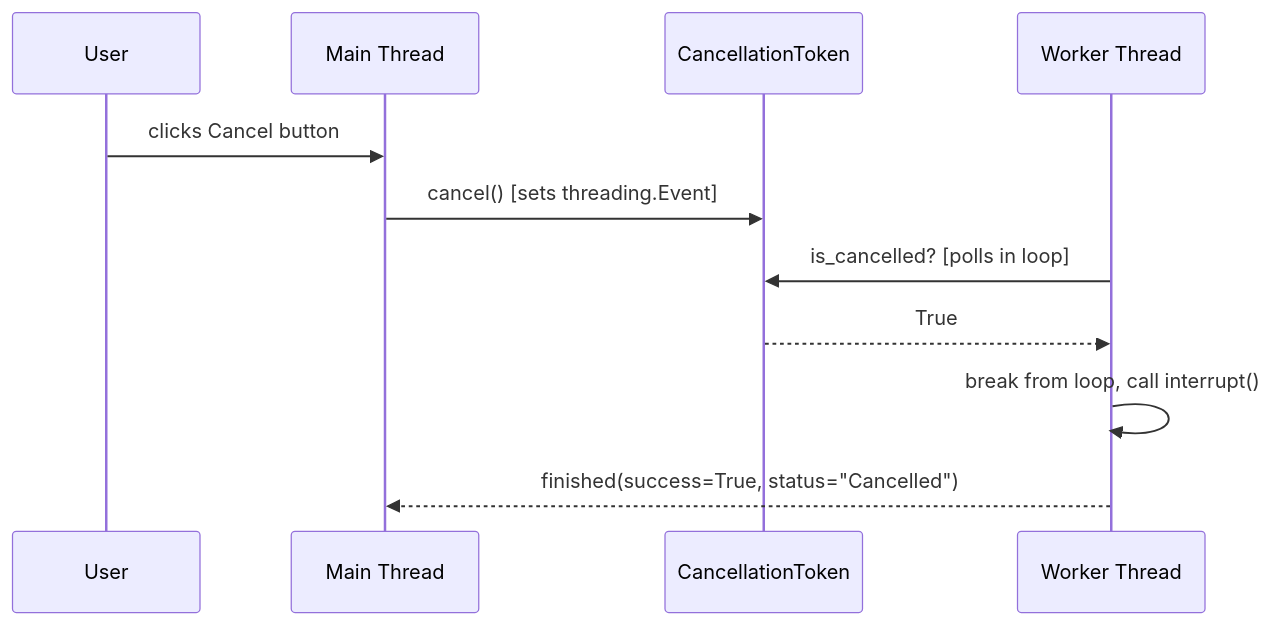
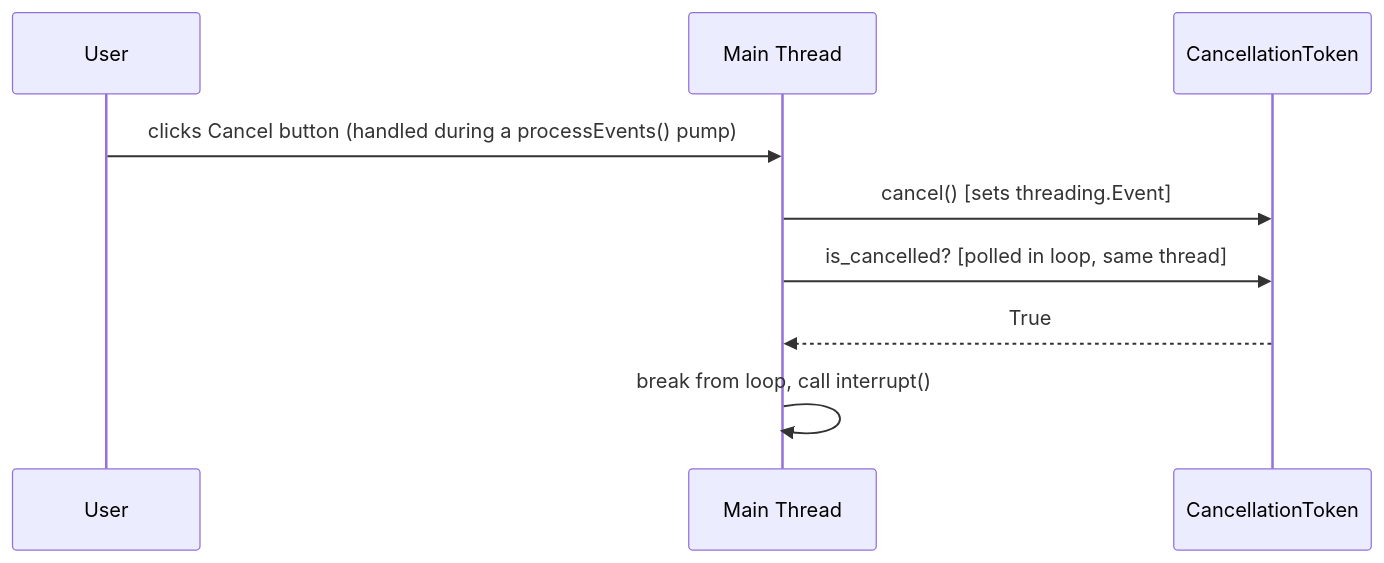
Before and after one commit to nens/threedi-schematisation-editor: the second of 5 diagrams in threedi_schematisation_editor/vector_data_importer/DESIGN.md, drawn with Mermaid. The commit also changed other lines of this file and 1 other file, not shown here.

Commit message:
Remove import worker and run import in main thread while retaining ability for cancelling and progress tracking (nens/rana#5117)

````diff
--- a/threedi_schematisation_editor/vector_data_importer/DESIGN.md
+++ b/threedi_schematisation_editor/vector_data_importer/DESIGN.md
@@ -76,14 +72,12 @@
 ```mermaid
 sequenceDiagram
     participant User
     participant UI as Main Thread
     participant Token as CancellationToken
-    participant Worker as Worker Thread
 
-    User->>UI: clicks Cancel button
+    User->>UI: clicks Cancel button (handled during a processEvents() pump)
     UI->>Token: cancel() [sets threading.Event]
-    Worker->>Token: is_cancelled? [polls in loop]
-    Token-->>Worker: True
-    Worker->>Worker: break from loop, call interrupt()
-    Worker-->>UI: finished(success=True, status="Cancelled")
+    UI->>Token: is_cancelled? [polled in loop, same thread]
+    Token-->>UI: True
+    UI->>UI: break from loop, call interrupt()
 ```
````
